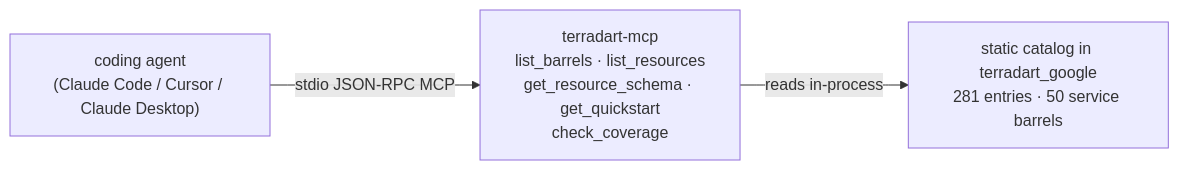
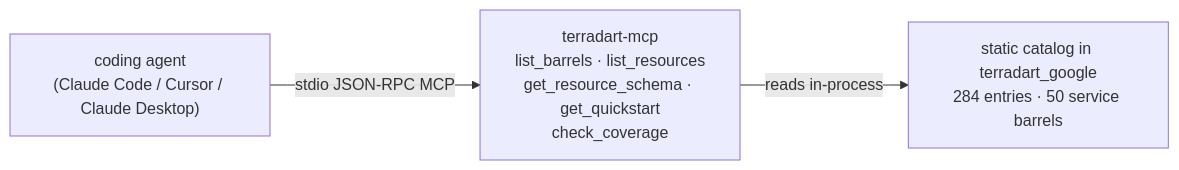
The diagram in website/src/content/docs/docs/agent/index.md (nozomi-koborinai/terradart), drawn with Mermaid before and after one commit. The commit also changed other lines of this file and 20 other files, not shown here.

````diff
--- a/website/src/content/docs/docs/agent/index.md
+++ b/website/src/content/docs/docs/agent/index.md
@@ -12,8 +12,8 @@
 ```mermaid
 graph LR
   agent["coding agent<br/>(Claude Code / Cursor / Claude Desktop)"]
   mcp["terradart-mcp<br/>list_barrels · list_resources<br/>get_resource_schema · get_quickstart<br/>check_coverage"]
-  catalog["static catalog in terradart_google<br/>281 entries · 50 service barrels"]
+  catalog["static catalog in terradart_google<br/>284 entries · 50 service barrels"]
   agent -->|stdio JSON-RPC MCP| mcp
   mcp -->|reads in-process| catalog
 ```
````
